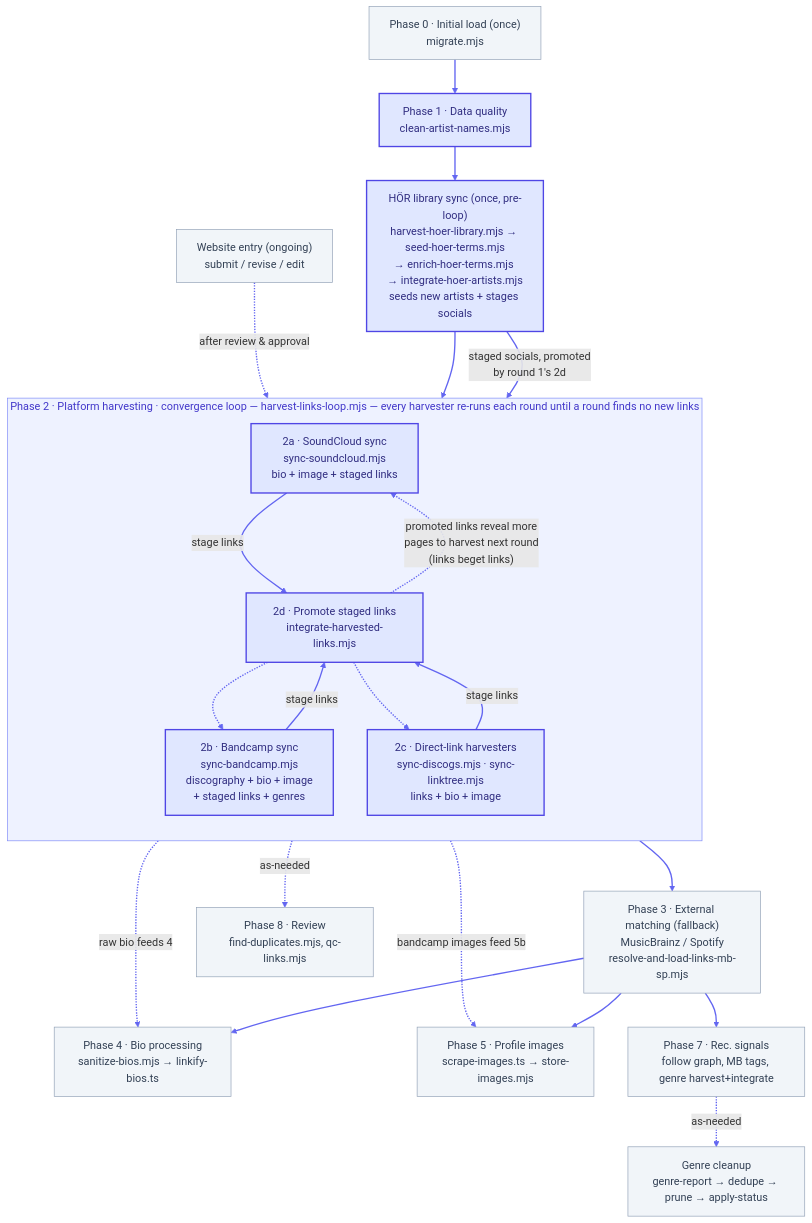
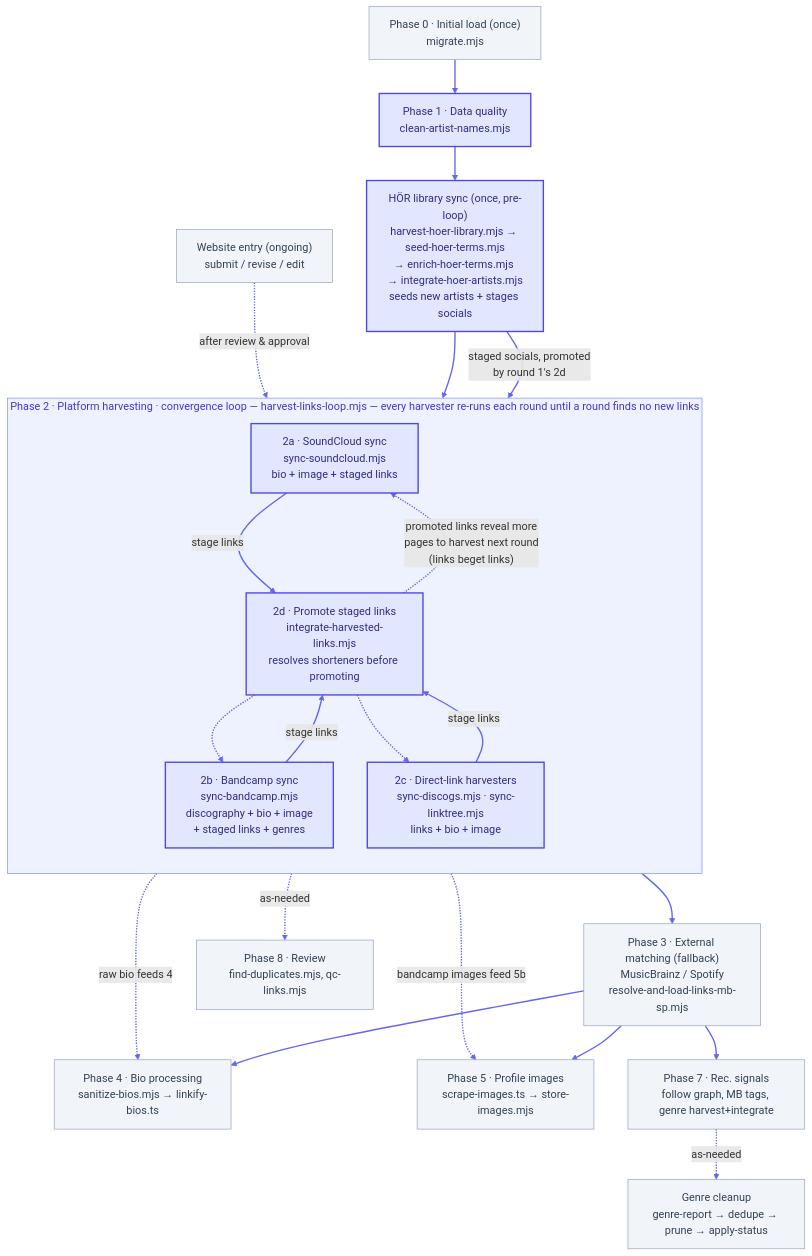
The diagram in documentation/PIPELINE.md (maisiebird2/rebalance-gender), drawn with Mermaid before and after one commit. The commit also changed other lines of this file and 1 other file, not shown here.

````diff
--- a/documentation/PIPELINE.md
+++ b/documentation/PIPELINE.md
@@ -32,41 +32,41 @@
 ```mermaid
 flowchart TD
     P0["Phase 0 · Initial load (once)<br/>migrate.mjs"] --> P1
     P1["Phase 1 · Data quality<br/>clean-artist-names.mjs"] --> HOERLIB
     HOERLIB["HÖR library sync (once, pre-loop)<br/>harvest-hoer-library.mjs → seed-hoer-terms.mjs<br/>→ enrich-hoer-terms.mjs → integrate-hoer-artists.mjs<br/>seeds new artists + stages socials"] --> P2
     WEB["Website entry (ongoing)<br/>submit / revise / edit"] -. "after review &amp; approval" .-> P2
 
     subgraph P2 ["Phase 2 · Platform harvesting · convergence loop — harvest-links-loop.mjs — every harvester re-runs each round until a round finds no new links"]
         direction TB
         P2A["2a · SoundCloud sync<br/>sync-soundcloud.mjs<br/>bio + image + staged links"]
         P2B["2b · Bandcamp sync<br/>sync-bandcamp.mjs<br/>discography + bio + image<br/>+ staged links + genres"]
         P2C["2c · Direct-link harvesters<br/>sync-discogs.mjs · sync-linktree.mjs<br/>links + bio + image"]
-        P2D["2d · Promote staged links<br/>integrate-harvested-links.mjs"]
+        P2D["2d · Promote staged links<br/>integrate-harvested-links.mjs<br/>resolves shorteners before promoting"]
         P2A -->|"stage links"| P2D
         P2B -->|"stage links"| P2D
         P2C -->|"stage links"| P2D
         P2D -. "promoted links reveal more<br/>pages to harvest next round<br/>(links beget links)" .-> P2A
         P2D -.-> P2B
         P2D -.-> P2C
     end
     HOERLIB -->|"staged socials, promoted<br/>by round 1's 2d"| P2D
 
     P2D --> P3
     P2A -. "raw bio feeds 4" .-> P4
     P2B -. "bandcamp images feed 5b" .-> P5
     P3["Phase 3 · External matching (fallback)<br/>MusicBrainz / Spotify<br/>resolve-and-load-links-mb-sp.mjs"] --> P4
     P3 --> P5
     P3 --> P7
     P4["Phase 4 · Bio processing<br/>sanitize-bios.mjs → linkify-bios.ts"]
     P5["Phase 5 · Profile images<br/>scrape-images.ts → store-images.mjs"]
     P7["Phase 7 · Rec. signals<br/>follow graph, MB tags, genre harvest+integrate"]
     P2D -. as-needed .-> P8["Phase 8 · Review<br/>find-duplicates.mjs, qc-links.mjs"]
     P7 -. as-needed .-> P8G["Genre cleanup<br/>genre-report → dedupe → prune → apply-status"]
 
     classDef orchestrated fill:#e0e7ff,stroke:#4f46e5,stroke-width:2px,color:#312e81;
     class P1,HOERLIB,P2A,P2B,P2C,P2D orchestrated;
     classDef normal fill:#f1f5f9,stroke:#94a3b8,stroke-width:1px,color:#334155;
     class P0,WEB,P3,P4,P5,P7,P8,P8G normal;
     style P2 fill:#eef2ff,stroke:#818cf8,stroke-width:1px,color:#4338ca;
     linkStyle default stroke:#6366f1,stroke-width:2px;
 ```
````
